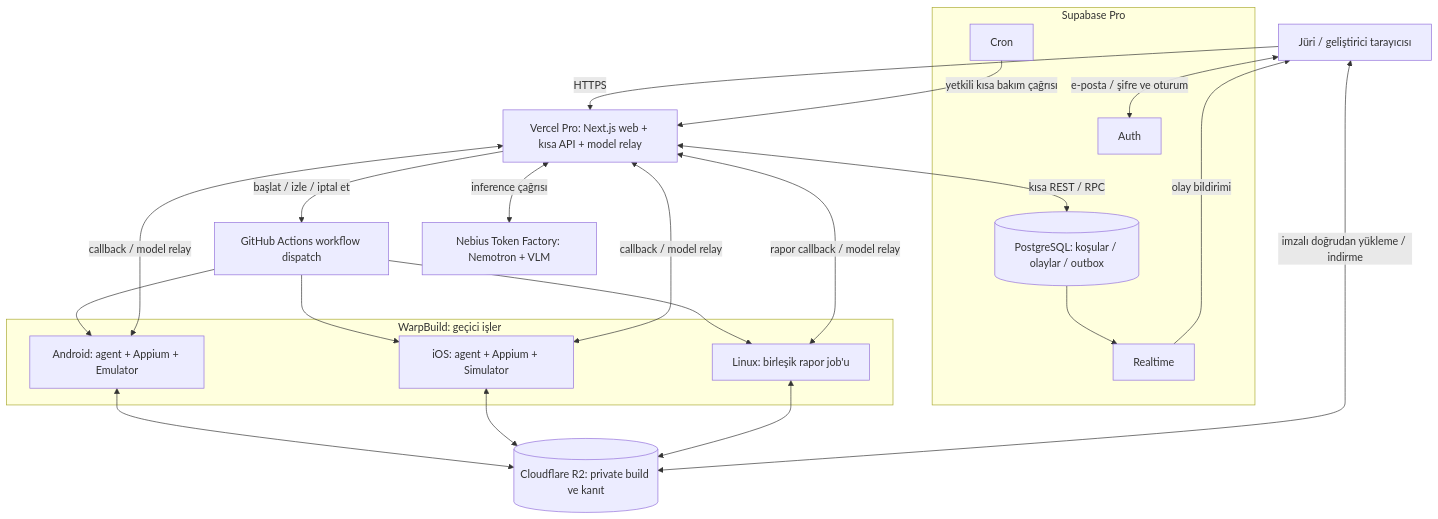
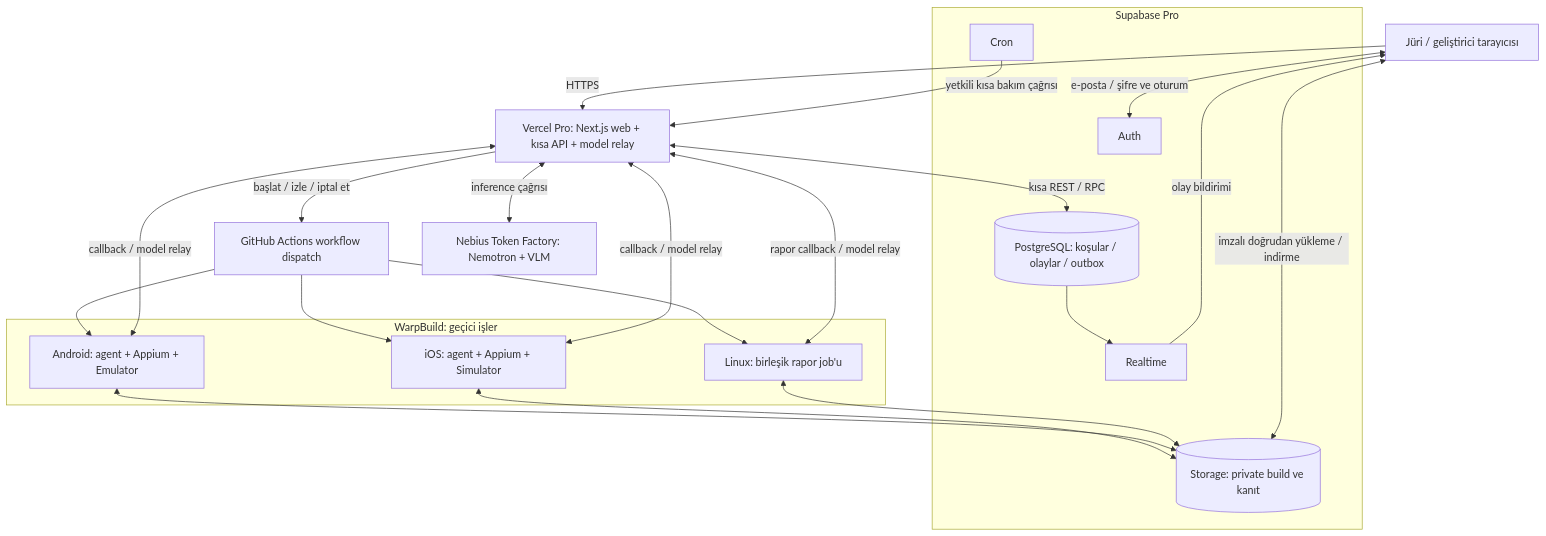
Before and after one commit to OzzyD07/TapScout: the first of 2 diagrams in docs/02-architecture.md, drawn with Mermaid. The commit also changed other lines of this file and 9 other files, not shown here.

First line of the commit message:
Use Supabase Storage instead of Cloudflare R2; re-enable Biome rules

````diff
--- a/docs/02-architecture.md
+++ b/docs/02-architecture.md
@@ -34,37 +34,37 @@
 ```mermaid
 flowchart TB
     J["Jüri / geliştirici tarayıcısı"]
     V["Vercel Pro: Next.js web + kısa API + model relay"]
     subgraph S["Supabase Pro"]
         AU["Auth"]
         DB[("PostgreSQL: koşular / olaylar / outbox")]
         RT["Realtime"]
         CR["Cron"]
+        F[("Storage: private build ve kanıt")]
     end
-    F[("Cloudflare R2: private build ve kanıt")]
     G["GitHub Actions workflow dispatch"]
     subgraph W["WarpBuild: geçici işler"]
         A["Android: agent + Appium + Emulator"]
         I["iOS: agent + Appium + Simulator"]
         P["Linux: birleşik rapor job'u"]
     end
     N["Nebius Token Factory: Nemotron + VLM"]
     J -->|HTTPS| V
     J <-->|"e-posta / şifre ve oturum"| AU
     V <-->|"kısa REST / RPC"| DB
     CR -->|"yetkili kısa bakım çağrısı"| V
     V -->|"başlat / izle / iptal et"| G
     G --> A
     G --> I
     G --> P
     A <-->|"callback / model relay"| V
     I <-->|"callback / model relay"| V
     P <-->|"rapor callback / model relay"| V
     V <-->|"inference çağrısı"| N
     A <--> F
     I <--> F
     P <--> F
     DB --> RT
     RT -->|"olay bildirimi"| J
     J <-->|"imzalı doğrudan yükleme / indirme"| F
 ```
````
